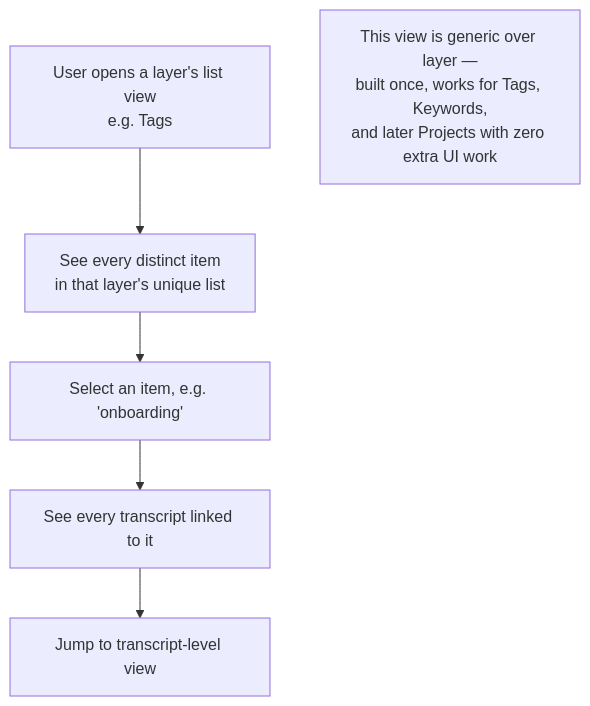
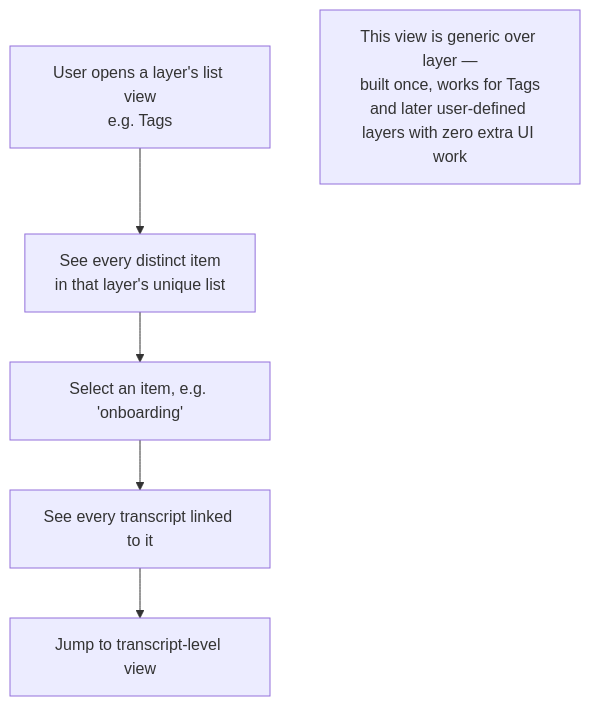
One commit to Lenniott/scribeFloat changed the fourth of 6 diagrams in docs/explorations/active/design-brain-prd.md. Above: the diagram before and after it, drawn with Mermaid. The commit also changed other lines of this file and 8 other files, not shown here.

First line of the commit message:
docs: remove Keywords; Tags is the single vocabulary concept (ADR-0011)

````diff
--- a/docs/explorations/active/design-brain-prd.md
+++ b/docs/explorations/active/design-brain-prd.md
@@ -187,8 +186,8 @@
 ```mermaid
 flowchart TD
     A[User opens a layer's list view\ne.g. Tags] --> B[See every distinct item\nin that layer's unique list]
     B --> C[Select an item, e.g. 'onboarding']
     C --> D[See every transcript linked to it]
     D --> E[Jump to transcript-level view]
-    note1[This view is generic over layer —\nbuilt once, works for Tags, Keywords,\nand later Projects with zero extra UI work]
+    note1[This view is generic over layer —\nbuilt once, works for Tags\nand later user-defined layers with zero extra UI work]
 ```
````
